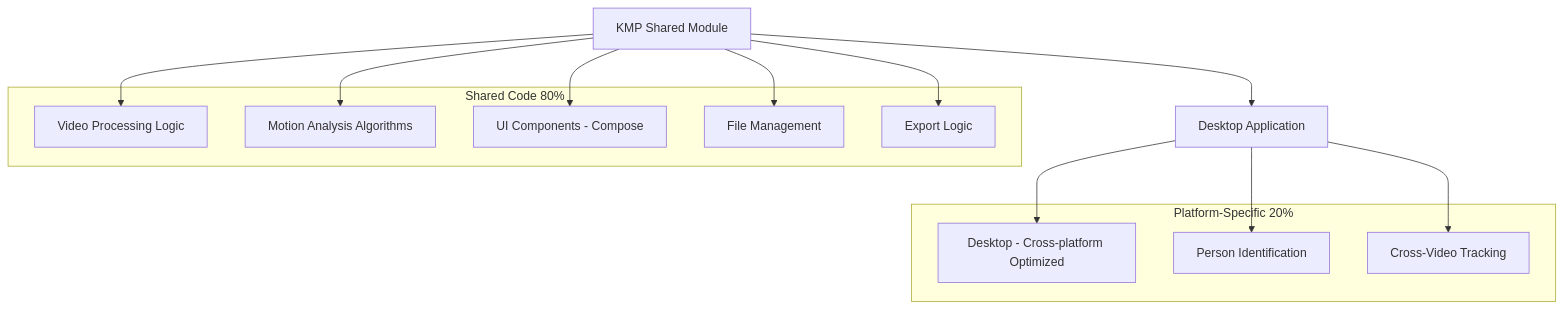
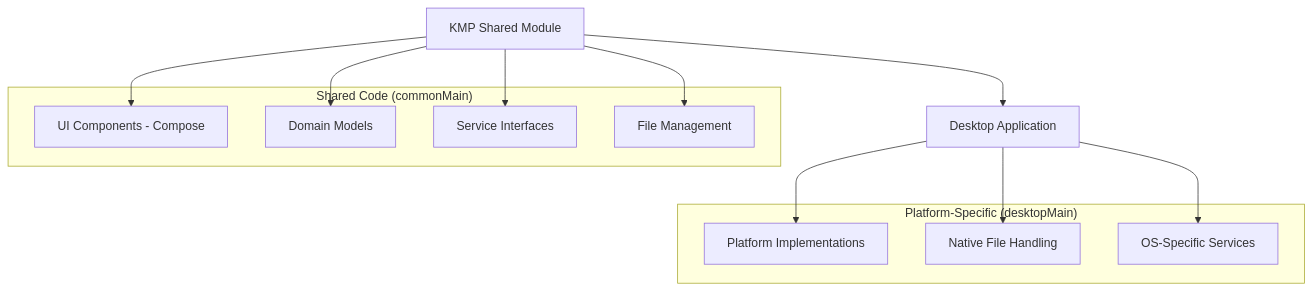
One commit to hungyanbin/motioncut changed the diagram in README.md. Above: the diagram before and after it, drawn with Mermaid. The commit also changed other lines of this file, not shown here.

````diff
--- a/README.md
+++ b/README.md
@@ -11,28 +13,26 @@
 ```mermaid
 graph TD
     A[KMP Shared Module] --> B[Desktop Application]
     
-    subgraph "Shared Code 80%"
-        D[Video Processing Logic]
-        E[Motion Analysis Algorithms]
-        F[UI Components - Compose]
+    subgraph "Shared Code (commonMain)"
+        D[UI Components - Compose]
+        E[Domain Models]
+        F[Service Interfaces]
         G[File Management]
-        H[Export Logic]
     end
     
-    subgraph "Platform-Specific 20%"
-        I[Desktop - Cross-platform Optimized]
-        K[Person Identification]
-        L[Cross-Video Tracking]
+    subgraph "Platform-Specific (desktopMain)"
+        H[Platform Implementations]
+        I[Native File Handling]
+        J[OS-Specific Services]
     end
     
     A --> D
     A --> E
     A --> F
     A --> G
-    A --> H
     
+    B --> H
     B --> I
-    B --> K
-    B --> L
+    B --> J
 ```
````
